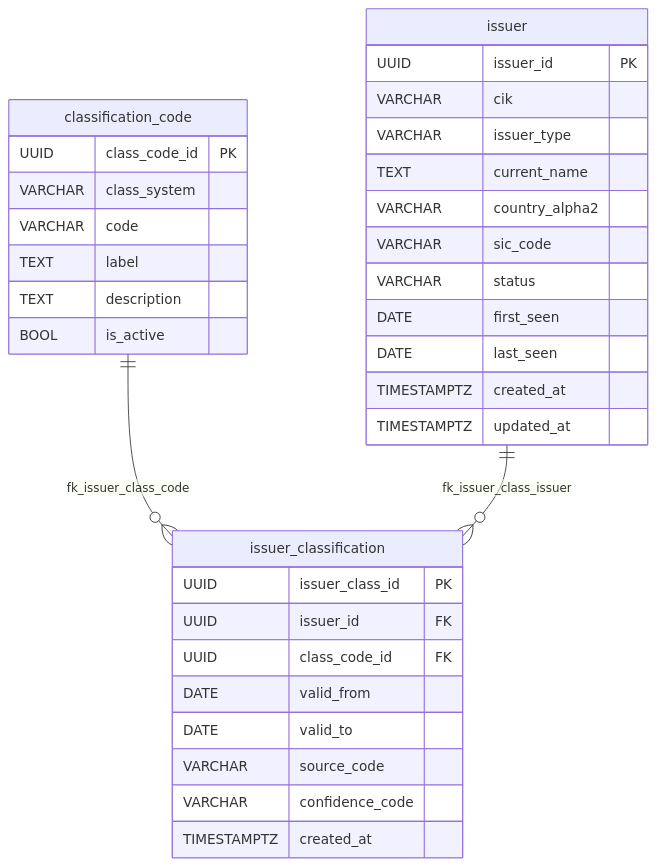
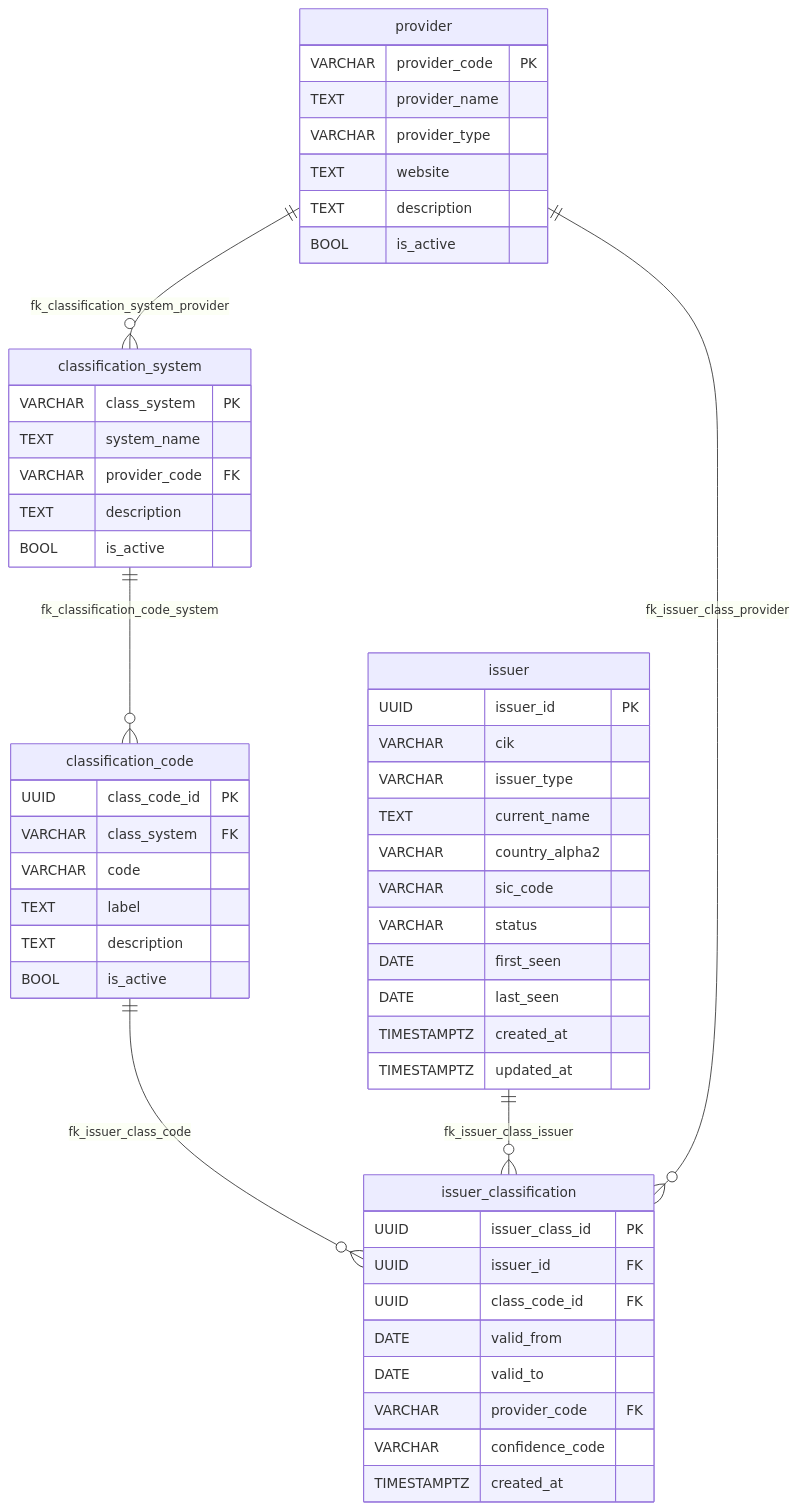
The diagram in docs/db/stonks/generated/erd-groups/issuer-classifications.md (cmhettinger/empire), drawn with Mermaid before and after one commit. The commit also changed 79 other files, not shown here.

````diff
--- a/docs/db/stonks/generated/erd-groups/issuer-classifications.md
+++ b/docs/db/stonks/generated/erd-groups/issuer-classifications.md
@@ -1,39 +1,59 @@
 ```mermaid
 erDiagram
   classification_code {
     UUID class_code_id PK
-    VARCHAR class_system
+    VARCHAR class_system FK
     VARCHAR code
     TEXT label
+    TEXT description
+    BOOL is_active
+  }
+
+  classification_system {
+    VARCHAR class_system PK
+    TEXT system_name
+    VARCHAR provider_code FK
     TEXT description
     BOOL is_active
   }
 
   issuer {
     UUID issuer_id PK
     VARCHAR cik
     VARCHAR issuer_type
     TEXT current_name
     VARCHAR country_alpha2
     VARCHAR sic_code
     VARCHAR status
     DATE first_seen
     DATE last_seen
     TIMESTAMPTZ created_at
     TIMESTAMPTZ updated_at
   }
 
   issuer_classification {
     UUID issuer_class_id PK
     UUID issuer_id FK
     UUID class_code_id FK
     DATE valid_from
     DATE valid_to
-    VARCHAR source_code
+    VARCHAR provider_code FK
     VARCHAR confidence_code
     TIMESTAMPTZ created_at
   }
 
+  provider {
+    VARCHAR provider_code PK
+    TEXT provider_name
+    VARCHAR provider_type
+    TEXT website
+    TEXT description
+    BOOL is_active
+  }
+
+  classification_system ||--o{ classification_code : "fk_classification_code_system"
+  provider ||--o{ classification_system : "fk_classification_system_provider"
   classification_code ||--o{ issuer_classification : "fk_issuer_class_code"
   issuer ||--o{ issuer_classification : "fk_issuer_class_issuer"
+  provider ||--o{ issuer_classification : "fk_issuer_class_provider"
 ```
````
